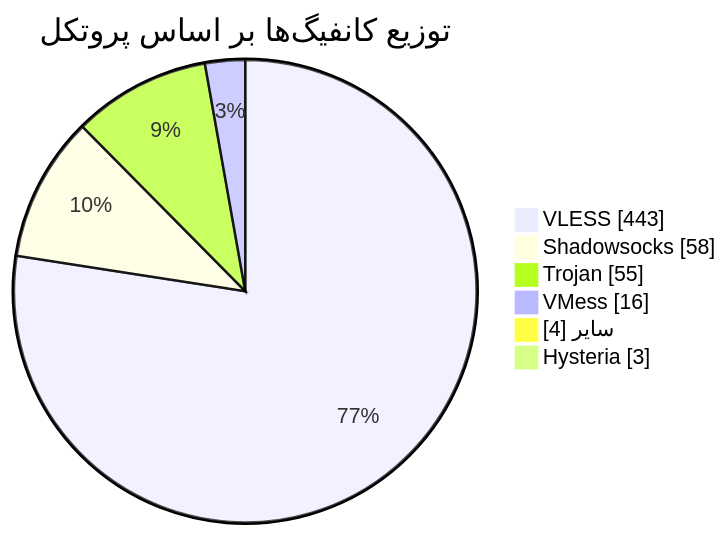
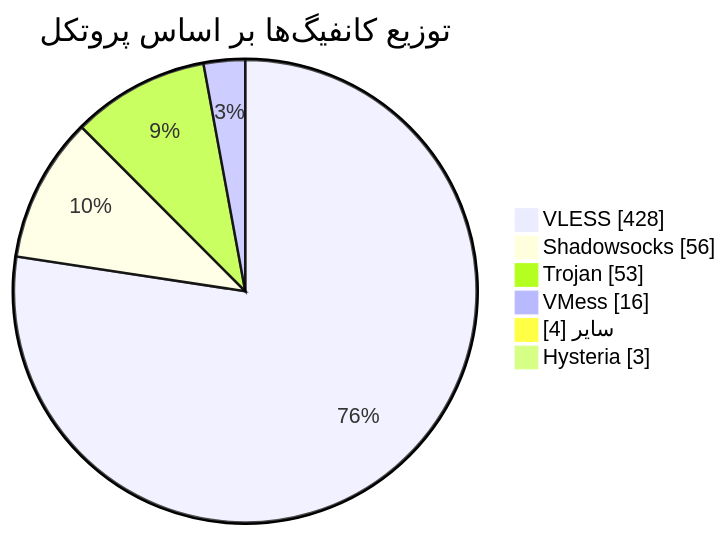
One commit to Arian-Alijani/Somthing changed the diagram in README.md. Above: the diagram before and after it, drawn with Mermaid. The commit also changed other lines of this file and 15 other files, not shown here.

````diff
--- a/README.md
+++ b/README.md
@@ -48,10 +48,10 @@
 ```mermaid
 pie showData
     title توزیع کانفیگ‌ها بر اساس پروتکل
-    "VLESS" : 443
-    "Shadowsocks" : 58
-    "Trojan" : 55
+    "VLESS" : 428
+    "Shadowsocks" : 56
+    "Trojan" : 53
     "VMess" : 16
     "سایر" : 4
     "Hysteria" : 3
 ```
````
